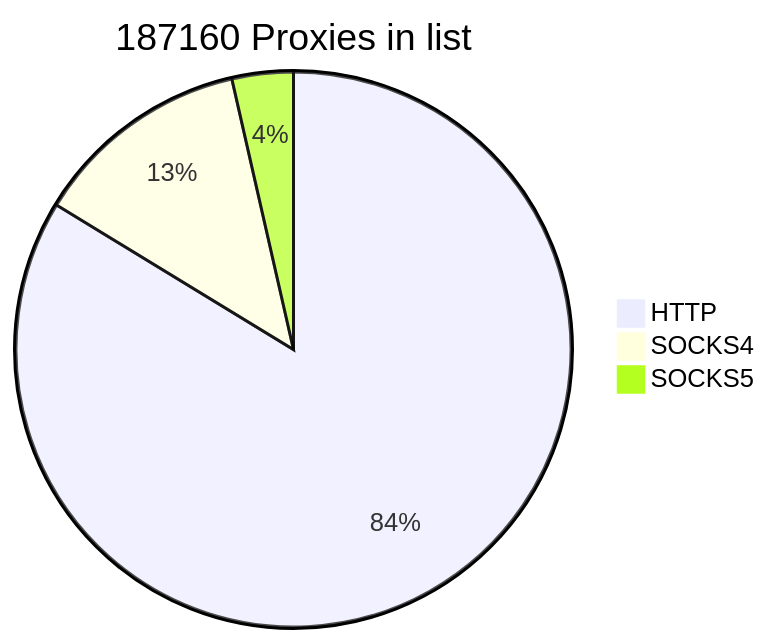
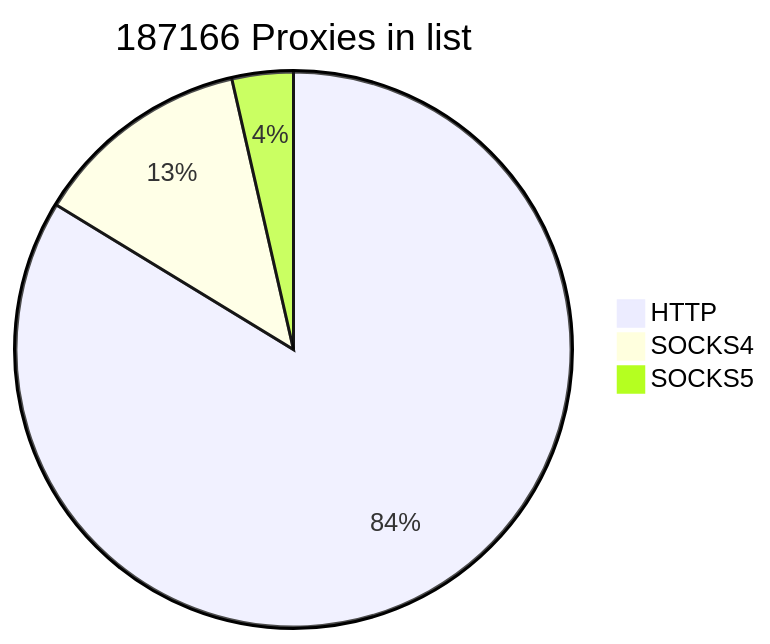
The first of 2 diagrams in README.md (cutipu/proxylist), drawn with Mermaid before and after one commit. The commit also changed other lines of this file, not shown here.

````diff
--- a/README.md
+++ b/README.md
@@ -2,7 +2,7 @@
 ```mermaid
-pie title 187160 Proxies in list
+pie title 187166 Proxies in list
     "HTTP" : 156683
-    "SOCKS4" : 23803
-    "SOCKS5" : 6674
+    "SOCKS4" : 23806
+    "SOCKS5" : 6677
             
 ```
````
